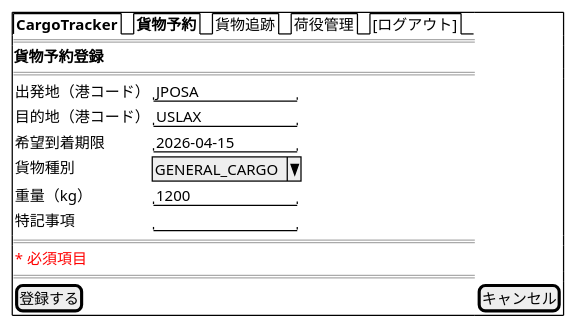
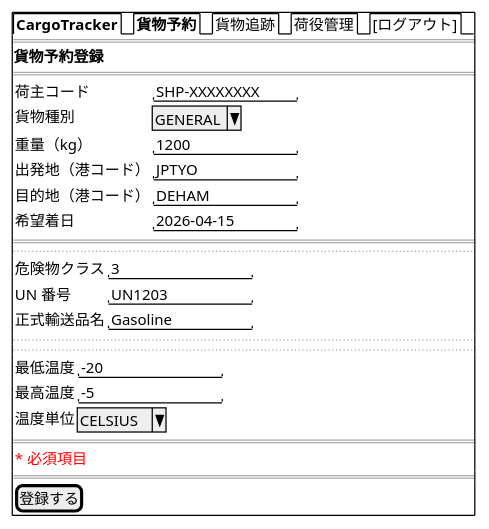
Before and after one commit to k2works/case-study-cargo-tracker: the sixth of 18 diagrams in docs/design/ui_design.md, drawn with PlantUML. The commit also changed other lines of this file and 3 other files, not shown here.

````diff
--- a/docs/design/ui_design.md
+++ b/docs/design/ui_design.md
@@ -469,24 +469,38 @@
 ```plantuml
 @startsalt
 {+
   {/ <b>CargoTracker</b> | <b>貨物予約</b> | 貨物追跡 | 荷役管理 | [ログアウト] }
   ==
   <b>貨物予約登録</b>
   ==
   {
-    出発地（港コード）  | "JPOSA         "
-    目的地（港コード）  | "USLAX         "
-    希望到着期限        | "2026-04-15    "
-    貨物種別            | ^GENERAL_CARGO^
+    荷主コード          | "SHP-XXXXXXXX  "
+    貨物種別            | ^GENERAL^
     重量（kg）          | "1200          "
-    特記事項            | "              "
+    出発地（港コード）  | "JPTYO         "
+    目的地（港コード）  | "DEHAM         "
+    希望着日            | "2026-04-15    "
+  }
+  ==
+  .. 貨物種別=HAZARDOUS で表示（US05）..
+  {
+    危険物クラス        | "3             "
+    UN 番号             | "UN1203        "
+    正式輸送品名        | "Gasoline      "
+  }
+  ..
+  .. 貨物種別=REFRIGERATED で表示（US05）..
+  {
+    最低温度            | "-20           "
+    最高温度            | "-5            "
+    温度単位            | ^CELSIUS^
   }
   ==
   {
     <color:red>* 必須項目</color>
   }
   ==
-  [登録する] | [キャンセル]
+  [登録する]
 }
 @endsalt
 ```
````
